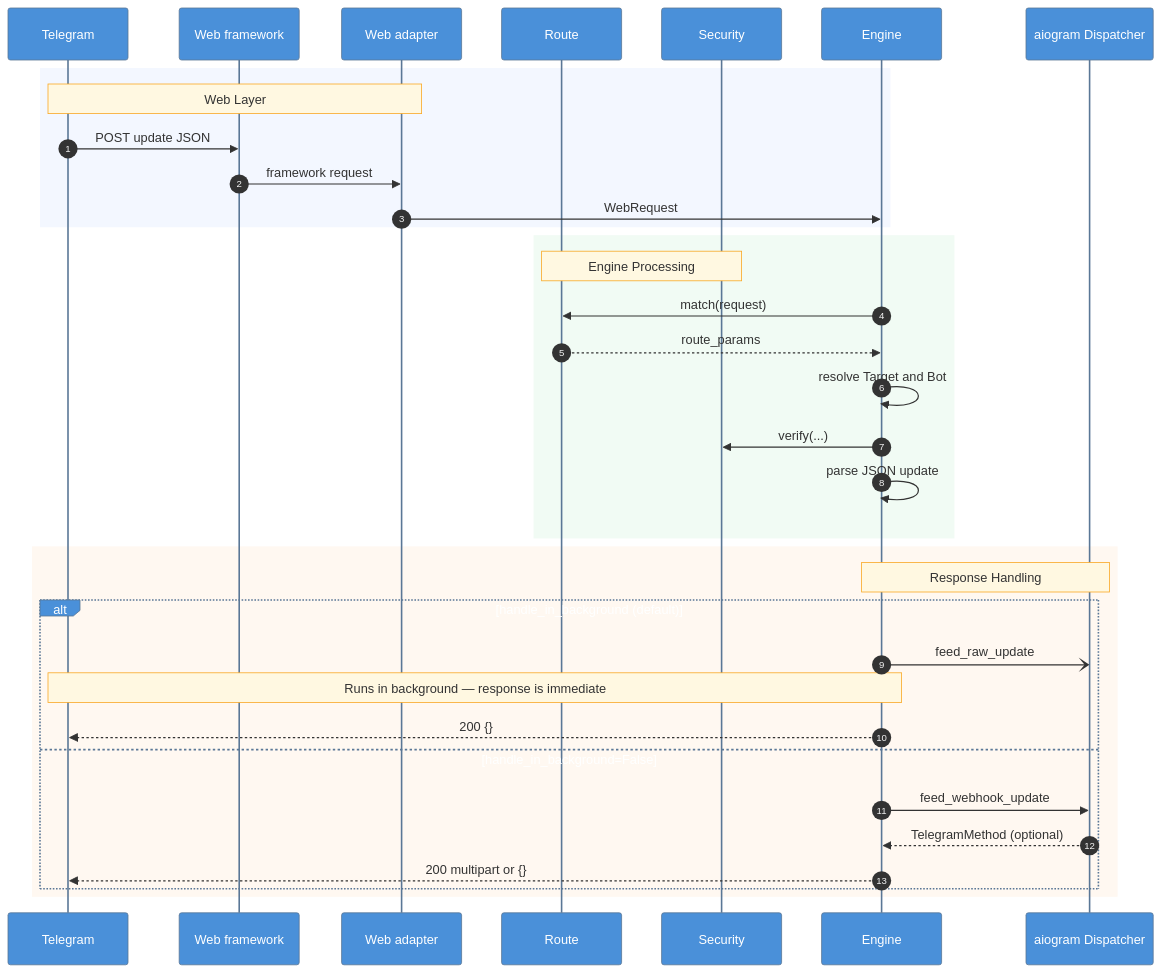
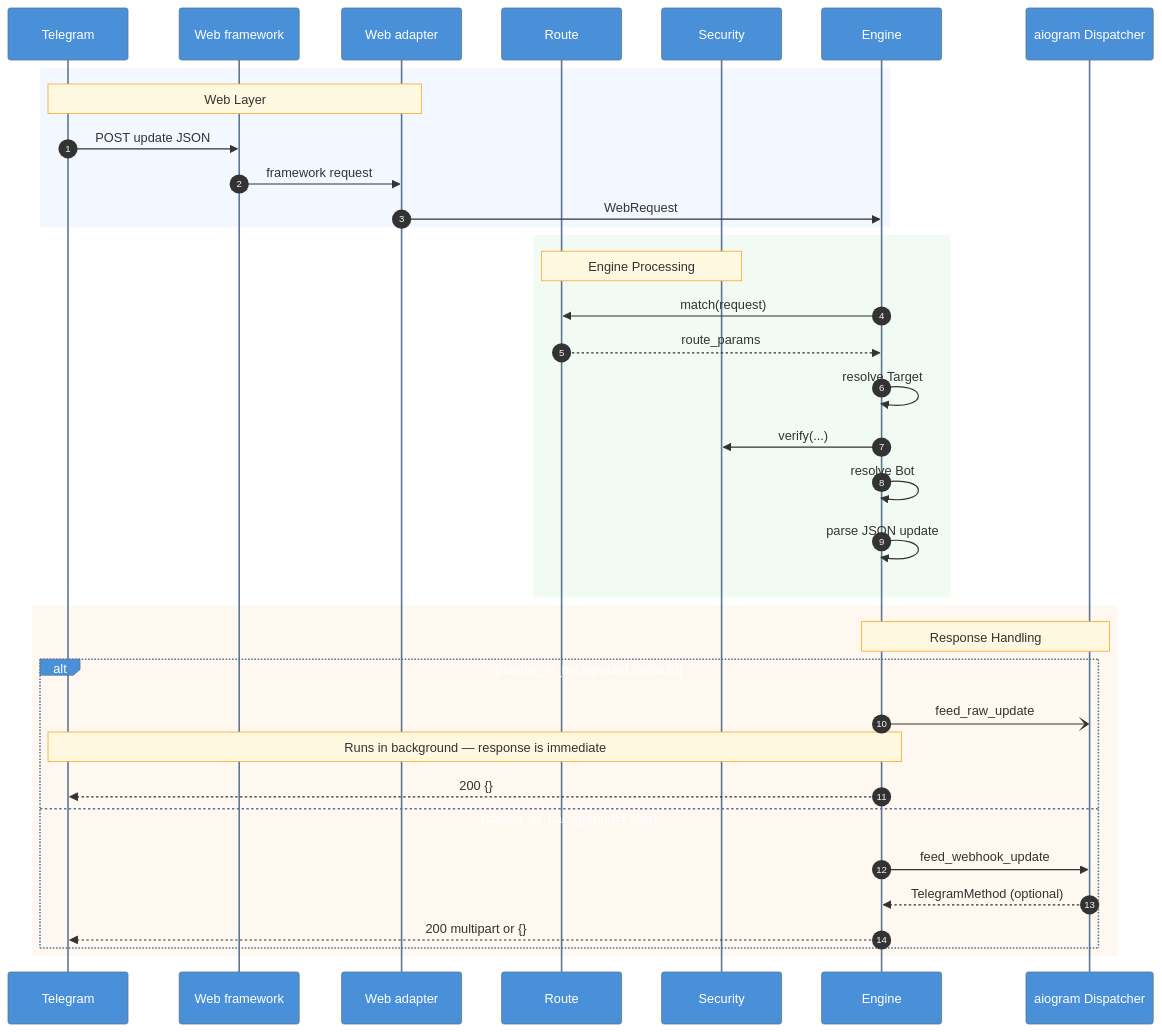
One commit to m-xim/aiogram-webhook changed the diagram in docs/_includes/request-flow.md. Above: the diagram before and after it, drawn with Mermaid. The commit also changed 3 other files, not shown here.

````diff
--- a/docs/_includes/request-flow.md
+++ b/docs/_includes/request-flow.md
@@ -1,53 +1,54 @@
 ```mermaid
 %%{
   init: {
     'theme': 'base',
     'themeVariables': {
       'primaryColor': '#4A90D9',
       'secondaryColor': '#E8F0FE',
       'noteBkgColor': '#FFF8E1',
       'noteBorderColor': '#F9A825',
       'activationBkgColor': '#D6E8FF',
       'actorTextColor': '#ffffff'
     }
   }
 }%%
 sequenceDiagram
     autonumber
     participant TG as Telegram
     participant FW as Web framework
     participant AD as Web adapter
     participant RT as Route
     participant SEC as Security
     participant EN as Engine
     participant DP as aiogram Dispatcher
 
     rect rgba(100, 150, 255, 0.08)
         note over TG,AD: Web Layer
         TG->>FW: POST update JSON
         FW->>AD: framework request
         AD->>EN: WebRequest
     end
 
     rect rgba(80, 200, 120, 0.08)
         note over RT,SEC: Engine Processing
         EN->>RT: match(request)
         RT-->>EN: route_params
-        EN->>EN: resolve Target and Bot
+        EN->>EN: resolve Target
         EN->>SEC: verify(...)
+        EN->>EN: resolve Bot
         EN->>EN: parse JSON update
     end
 
     rect rgba(255, 160, 80, 0.08)
         note over EN,DP: Response Handling
         alt handle_in_background (default)
             EN-)DP: feed_raw_update
             Note over EN,TG: Runs in background — response is immediate
             EN-->>TG: 200 {}
         else handle_in_background=False
             EN->>DP: feed_webhook_update
             DP-->>EN: TelegramMethod (optional)
             EN-->>TG: 200 multipart or {}
         end
     end
 ```
````
